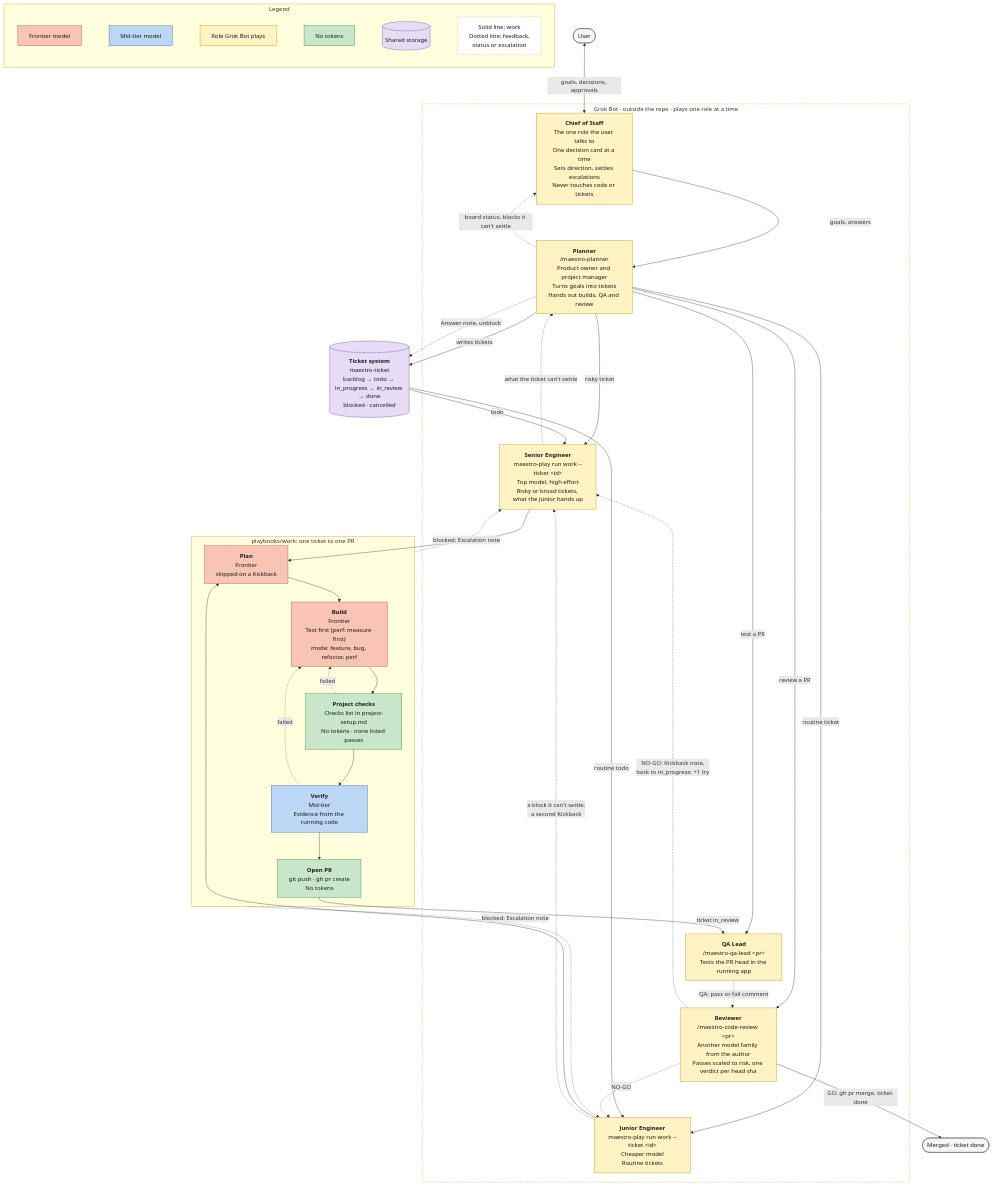
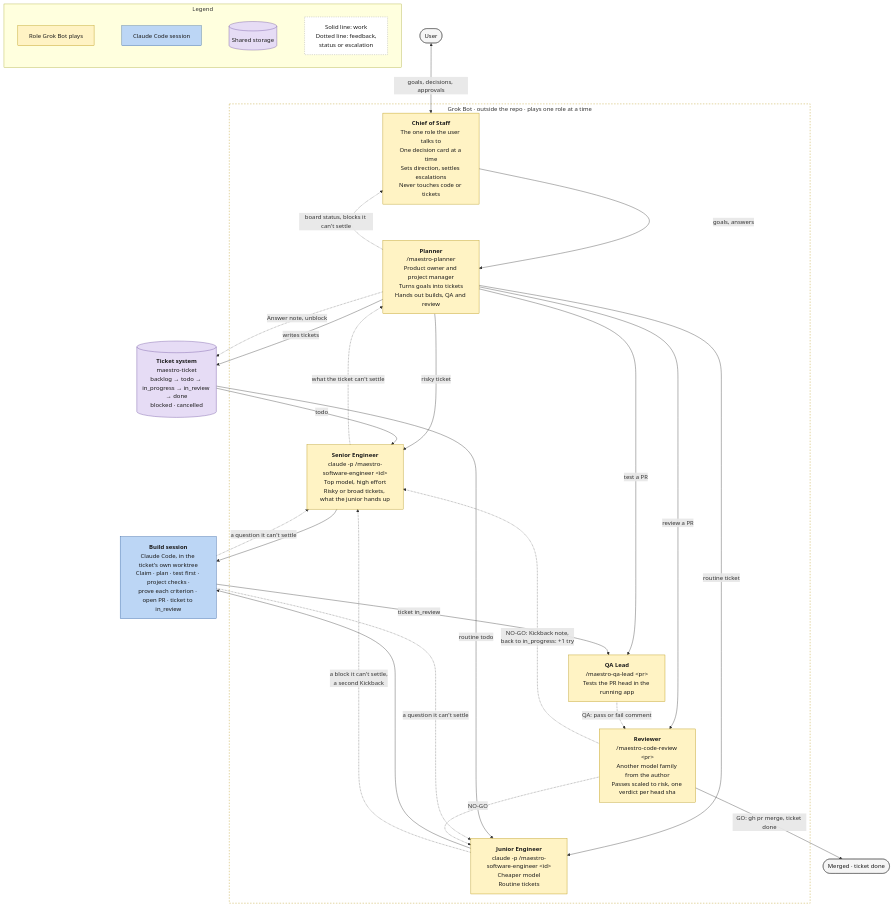
Before and after one commit to ProlesDei/maestro: the diagram in docs/team.mermaid, drawn with Mermaid. The commit also changed 93 other files, not shown here.

First line of the commit message:
Drop maestro-play and playbooks; engineers run the software-engineer ski

```diff
--- a/docs/team.mermaid
+++ b/docs/team.mermaid
@@ -1,84 +1,71 @@
 flowchart TD
     User([User])
 
     subgraph Grok ["Grok Bot · outside the repo · plays one role at a time"]
         CoS["<b>Chief of Staff</b><br/>The one role the user talks to<br/>One decision card at a time<br/>Sets direction, settles escalations<br/>Never touches code or tickets"]
         Planner["<b>Planner</b><br/>/maestro-planner<br/>Product owner and project manager<br/>Turns goals into tickets<br/>Hands out builds, QA and review"]
-        Sr["<b>Senior Engineer</b><br/>maestro-play run work --ticket &lt;id&gt;<br/>Top model, high effort<br/>Risky or broad tickets, what the junior hands up"]
-        Jr["<b>Junior Engineer</b><br/>maestro-play run work --ticket &lt;id&gt;<br/>Cheaper model<br/>Routine tickets"]
+        Sr["<b>Senior Engineer</b><br/>claude -p /maestro-software-engineer &lt;id&gt;<br/>Top model, high effort<br/>Risky or broad tickets, what the junior hands up"]
+        Jr["<b>Junior Engineer</b><br/>claude -p /maestro-software-engineer &lt;id&gt;<br/>Cheaper model<br/>Routine tickets"]
         QA["<b>QA Lead</b><br/>/maestro-qa-lead &lt;pr&gt;<br/>Tests the PR head in the running app"]
         Rev["<b>Reviewer</b><br/>/maestro-code-review &lt;pr&gt;<br/>Another model family from the author<br/>Passes scaled to risk, one verdict per head sha"]
     end
 
     Tickets[("<b>Ticket system</b><br/>maestro-ticket<br/>backlog → todo → in_progress → in_review → done<br/>blocked · cancelled")]
 
-    subgraph Work ["playbooks/work: one ticket to one PR"]
-        Plan["<b>Plan</b><br/>Frontier<br/>skipped on a Kickback"]
-        Build["<b>Build</b><br/>Frontier<br/>Test first (perf: measure first)<br/>mode: feature, bug, refactor, perf"]
-        Checks["<b>Project checks</b><br/>Checks list in project-setup.md<br/>No tokens · none listed passes"]
-        Verify["<b>Verify</b><br/>Mid-tier<br/>Evidence from the running code"]
-        PR["<b>Open PR</b><br/>git push · gh pr create<br/>No tokens"]
-    end
+    Build["<b>Build session</b><br/>Claude Code, in the ticket's own worktree<br/>Claim · plan · test first · project checks ·<br/>prove each criterion · open PR · ticket to in_review"]
 
     Done([Merged · ticket done])
 
     %% User and Chief of Staff
     User <-->|"goals, decisions, approvals"| CoS
 
     %% The Chief of Staff leads through the Planner
     CoS -->|"goals, answers"| Planner
     Planner -.->|"board status, blocks it can't settle"| CoS
 
     %% The Planner hands out each job
     Planner -->|"risky ticket"| Sr
     Planner -->|"routine ticket"| Jr
     Planner -->|"test a PR"| QA
     Planner -->|"review a PR"| Rev
 
     %% Planning
     Planner -->|"writes tickets"| Tickets
     Tickets -->|"todo"| Sr
     Tickets -->|"routine todo"| Jr
 
     %% Build
-    Sr --> Plan
-    Jr --> Plan
-    Plan --> Build --> Checks --> Verify --> PR
-    Checks -.->|"failed"| Build
-    Verify -.->|"failed"| Build
-    Work -.->|"blocked: Escalation note"| Sr
-    Work -.->|"blocked: Escalation note"| Jr
+    Sr --> Build
+    Jr --> Build
+    Build -.->|"a question it can't settle"| Sr
+    Build -.->|"a question it can't settle"| Jr
     Jr -.->|"a block it can't settle,<br/>a second Kickback"| Sr
     Sr -.->|"what the ticket can't settle"| Planner
     Planner -.->|"Answer note, unblock"| Tickets
 
     %% Test and review
-    PR -->|"ticket in_review"| QA
+    Build -->|"ticket in_review"| QA
     QA -.->|"QA: pass or fail comment"| Rev
     Rev -->|"GO: gh pr merge, ticket done"| Done
     Rev -.->|"NO-GO: Kickback note,<br/>back to in_progress: +1 try"| Sr
     Rev -.->|"NO-GO"| Jr
 
     %% Legend
     subgraph Legend ["Legend"]
         direction LR
-        L1["Frontier model"] ~~~ L2["Mid-tier model"] ~~~ L6["Role Grok Bot plays"] ~~~ L3["No tokens"] ~~~ L4[("Shared storage")] ~~~ L5["Solid line: work<br/>Dotted line: feedback,<br/>status or escalation"]
+        L6["Role Grok Bot plays"] ~~~ L1["Claude Code session"] ~~~ L4[("Shared storage")] ~~~ L5["Solid line: work<br/>Dotted line: feedback,<br/>status or escalation"]
     end
 
-    %% Styles by cost tier
-    classDef frontier fill:#f8c4b4,stroke:#b5472b,color:#1a1a1a
-    classDef mid fill:#bcd6f5,stroke:#2f5f9e,color:#1a1a1a
-    classDef free fill:#c8e6c9,stroke:#2e7d32,color:#1a1a1a
+    %% Styles
+    classDef session fill:#bcd6f5,stroke:#2f5f9e,color:#1a1a1a
     classDef storage fill:#e6dcf5,stroke:#6a4c9c,color:#1a1a1a
     classDef person fill:#f5f5f5,stroke:#555,color:#1a1a1a
     classDef bot fill:#fff3c4,stroke:#b38f00,color:#1a1a1a
     classDef note fill:#ffffff,stroke:#999,color:#1a1a1a,stroke-dasharray:3 3
 
-    class Plan,Build,L1 frontier
-    class Verify,L2 mid
-    class Checks,PR,L3 free
+    class Build,L1 session
     class Tickets,L4 storage
     class User,Done person
     class CoS,Planner,Sr,Jr,QA,Rev,L6 bot
     class L5 note
     style Grok fill:none,stroke:#b38f00,stroke-dasharray:4 4
```
